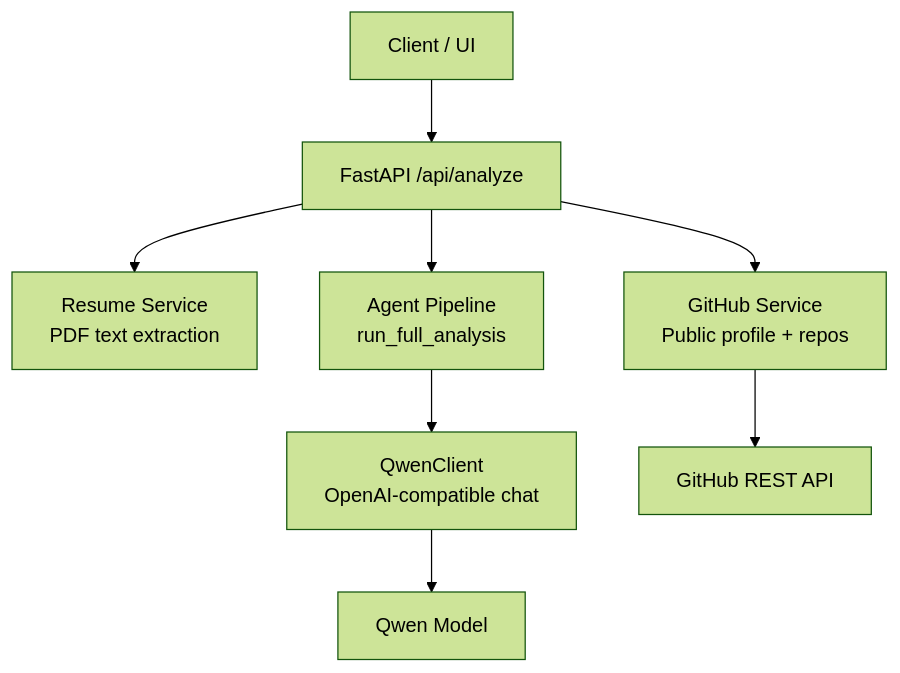
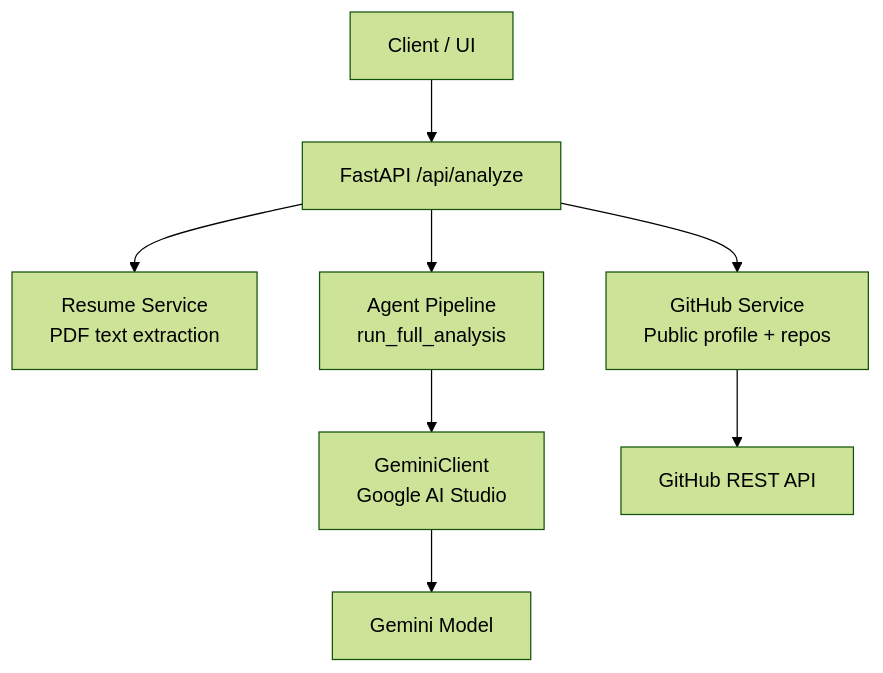
Before and after one commit to waqarimran342/CareerOS-AI: the first of 5 diagrams in .qoder/repowiki/en/content/Multi-Agent System/GitHub Evidence Agent.md, drawn with Mermaid (forest theme). The commit also changed other lines of this file and 32 other files, not shown here.

````diff
--- a/.qoder/repowiki/en/content/Multi-Agent System/GitHub Evidence Agent.md
+++ b/.qoder/repowiki/en/content/Multi-Agent System/GitHub Evidence Agent.md
@@ -35,10 +43,10 @@
 ```mermaid
 graph TB
 Client["Client / UI"] --> API["FastAPI /api/analyze"]
 API --> ResumeSvc["Resume Service<br/>PDF text extraction"]
 API --> GitHubSvc["GitHub Service<br/>Public profile + repos"]
 API --> Agents["Agent Pipeline<br/>run_full_analysis"]
-Agents --> Qwen["QwenClient<br/>OpenAI-compatible chat"]
-Qwen --> LLM["Qwen Model"]
+Agents --> Qwen["GeminiClient<br/>Google AI Studio"]
+Qwen --> LLM["Gemini Model"]
 GitHubSvc --> GH["GitHub REST API"]
 ```
````
